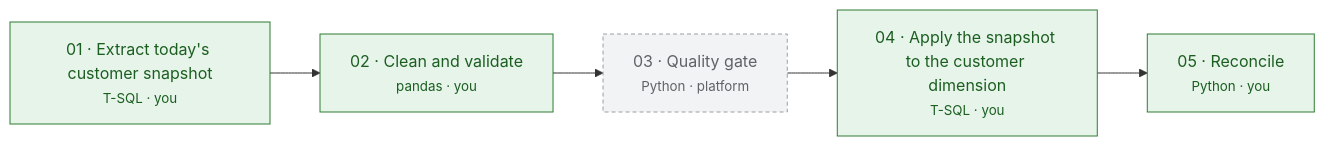
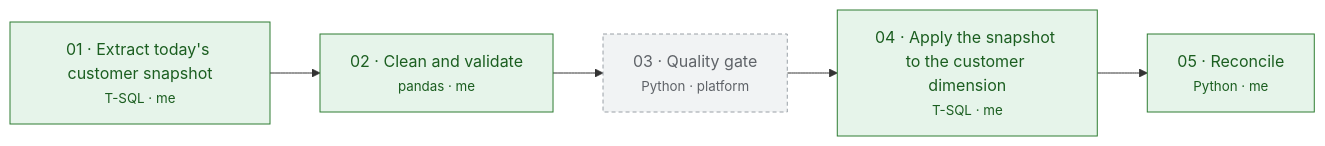
The diagram in scd2-dimension/README.md (acb-93/data-pipeline-case-studies), drawn with Mermaid before and after one commit. The commit also changed other lines of this file and 1 other file, not shown here.

````diff
--- a/scd2-dimension/README.md
+++ b/scd2-dimension/README.md
@@ -11,16 +11,16 @@
 ```mermaid
 flowchart LR
-    s1["01 · Extract today's customer snapshot<br/><small>T-SQL · you</small>"]
-    s2["02 · Clean and validate<br/><small>pandas · you</small>"]
+    s1["01 · Extract today's customer snapshot<br/><small>T-SQL · me</small>"]
+    s2["02 · Clean and validate<br/><small>pandas · me</small>"]
     s3["03 · Quality gate<br/><small>Python · platform</small>"]
-    s4["04 · Apply the snapshot to the customer dimension<br/><small>T-SQL · you</small>"]
-    s5["05 · Reconcile<br/><small>Python · you</small>"]
+    s4["04 · Apply the snapshot to the customer dimension<br/><small>T-SQL · me</small>"]
+    s5["05 · Reconcile<br/><small>Python · me</small>"]
     s1 --> s2
     s2 --> s3
     s3 --> s4
     s4 --> s5
     classDef mine fill:#e6f4ea,stroke:#2e7d32,color:#1b5e20
     classDef platform fill:#f1f3f4,stroke:#9aa0a6,color:#5f6368,stroke-dasharray:4 3
     class s1,s2,s4,s5 mine
     class s3 platform
 ```
````
